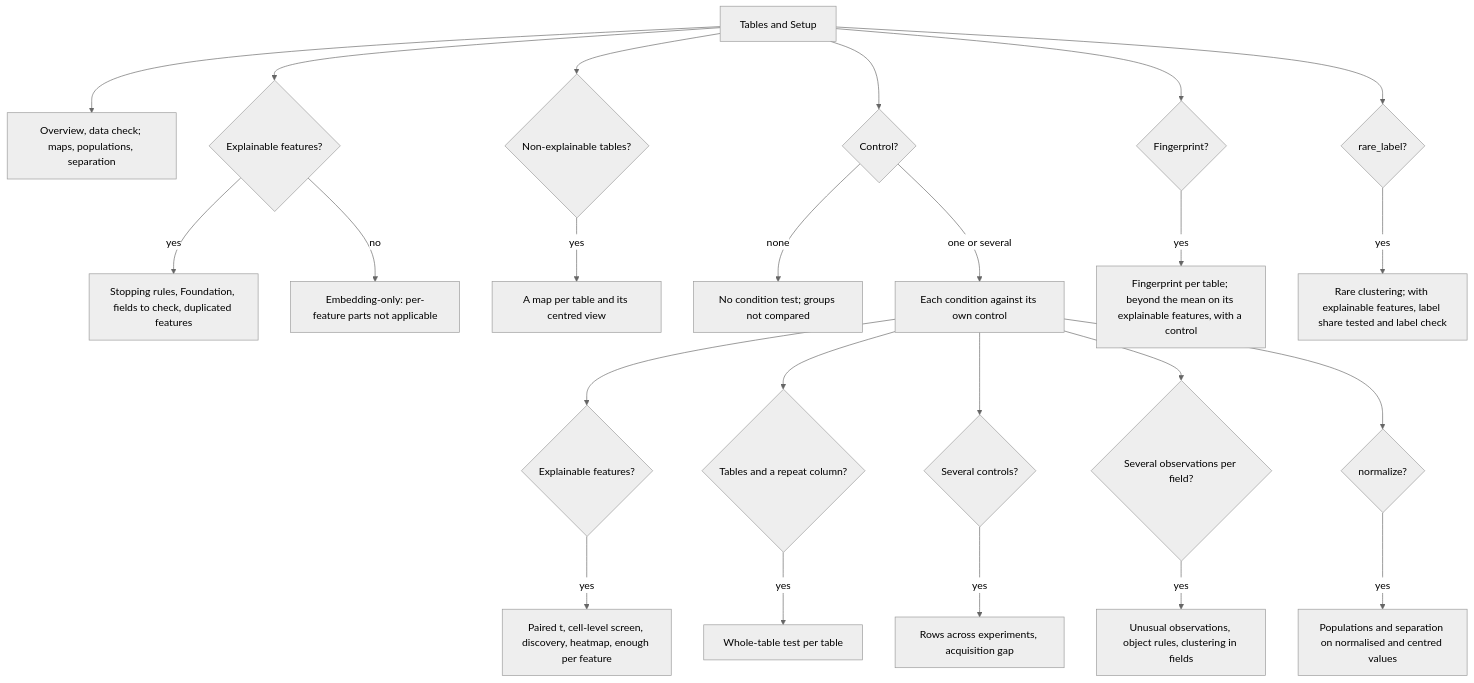
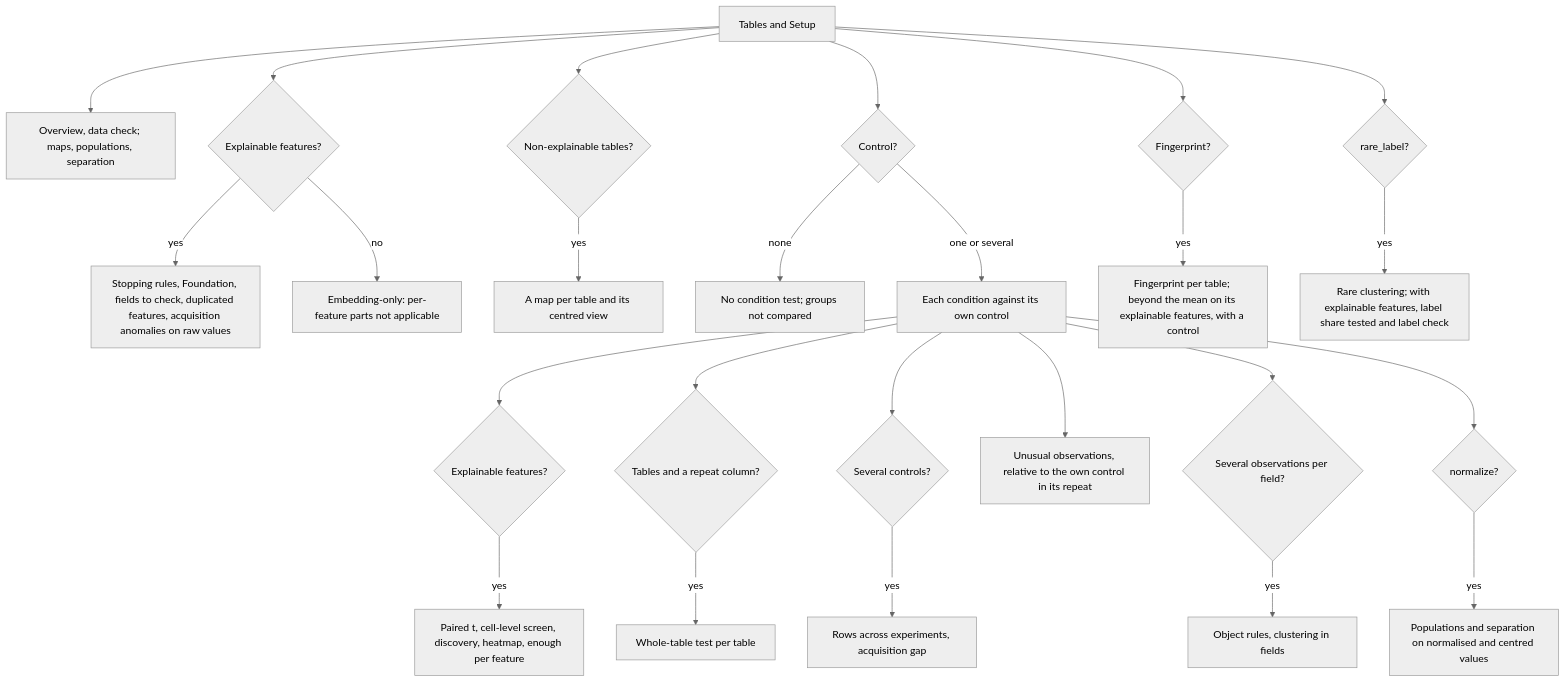
The diagram in docs/common/what_happens.md (CellMigrationLab/MorphoCoverage), drawn with Mermaid (neutral theme) before and after one commit. The commit also changed other lines of this file and 4 other files, not shown here.

First line of the commit message:
Plan v2: the docs say one observation per field and the unusual split

````diff
--- a/docs/common/what_happens.md
+++ b/docs/common/what_happens.md
@@ -87,26 +93,27 @@
 ```mermaid
 flowchart TD
     IN["Tables and Setup"] --> ALL["Overview, data check; maps, populations, separation"]
     IN --> EX{"Explainable features?"}
-    EX -- "yes" --> RUL["Stopping rules, Foundation, fields to check, duplicated features"]
+    EX -- "yes" --> RUL["Stopping rules, Foundation, fields to check, duplicated features, acquisition anomalies on raw values"]
     EX -- "no" --> EMB["Embedding-only: per-feature parts not applicable"]
     IN --> NE{"Non-explainable tables?"}
     NE -- "yes" --> TAB["A map per table and its centred view"]
     IN --> CT{"Control?"}
     CT -- "none" --> NOC["No condition test; groups not compared"]
     CT -- "one or several" --> OWN["Each condition against its own control"]
     OWN --> PF{"Explainable features?"}
     PF -- "yes" --> PFT["Paired t, cell-level screen, discovery, heatmap, enough per feature"]
     OWN --> WT{"Tables and a repeat column?"}
     WT -- "yes" --> WTT["Whole-table test per table"]
     OWN --> SEV{"Several controls?"}
     SEV -- "yes" --> ACR["Rows across experiments, acquisition gap"]
+    OWN --> UNU["Unusual observations, relative to the own control in its repeat"]
     OWN --> ONE{"Several observations per field?"}
-    ONE -- "yes" --> UNU["Unusual observations, object rules, clustering in fields"]
+    ONE -- "yes" --> CLU["Object rules, clustering in fields"]
     OWN --> NRM{"normalize?"}
     NRM -- "yes" --> NV["Populations and separation on normalised and centred values"]
     IN --> FP{"Fingerprint?"}
     FP -- "yes" --> FPT["Fingerprint per table; beyond the mean on its explainable features, with a control"]
     IN --> LB{"rare_label?"}
     LB -- "yes" --> LBT["Rare clustering; with explainable features, label share tested and label check"]
 ```
````
